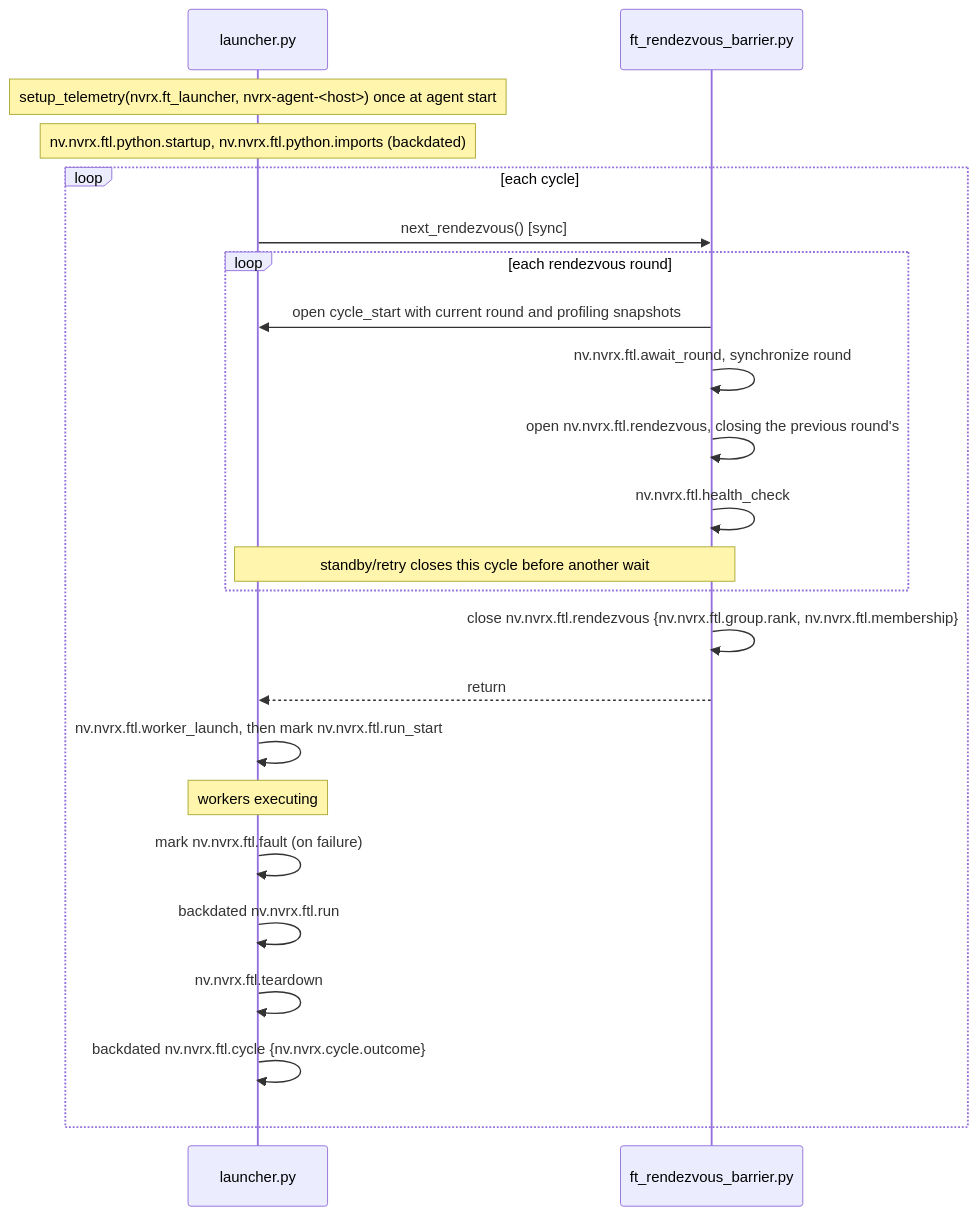
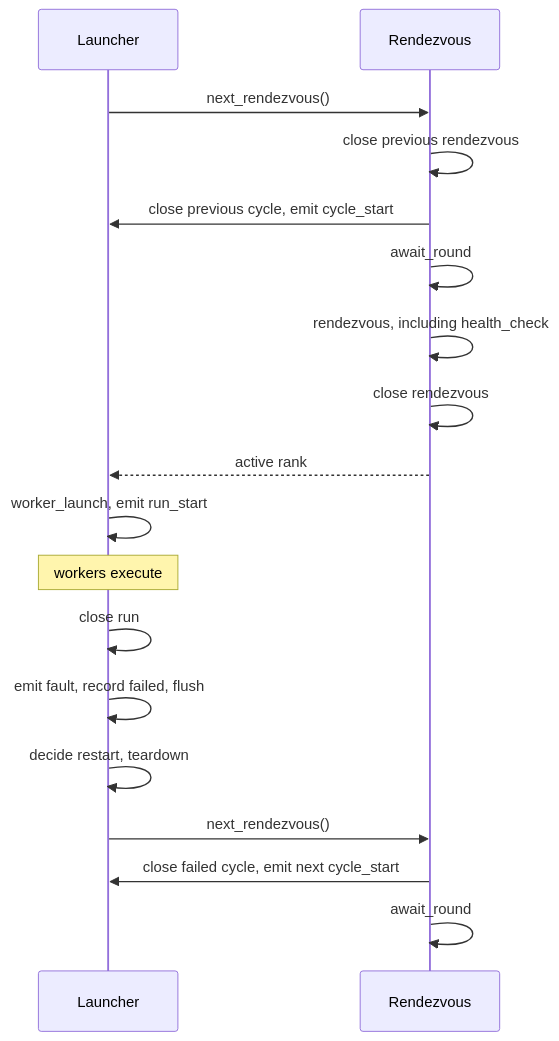
Before and after one commit to NVIDIA/nvidia-resiliency-ext: the diagram in docs/design/telemetry/NEMO_LENS.md, drawn with Mermaid. The commit also changed other lines of this file, not shown here.

Commit message:
Clarify and condense the telemetry design contract

````diff
--- a/docs/design/telemetry/NEMO_LENS.md
+++ b/docs/design/telemetry/NEMO_LENS.md
@@ -171,27 +76,21 @@
 ```mermaid
 sequenceDiagram
-    participant L as launcher.py
-    participant R as ft_rendezvous_barrier.py
+    participant L as Launcher
+    participant R as Rendezvous
 
-    Note over L: setup_telemetry(nvrx.ft_launcher, nvrx-agent-<host>) once at agent start
-    Note over L: nv.nvrx.ftl.python.startup, nv.nvrx.ftl.python.imports (backdated)
-
-    loop each cycle
-        L->>R: next_rendezvous() [sync]
-        loop each rendezvous round
-            R->>L: open cycle_start with current round and profiling snapshots
-            R->>R: nv.nvrx.ftl.await_round, synchronize round
-            R->>R: open nv.nvrx.ftl.rendezvous, closing the previous round's
-            R->>R: nv.nvrx.ftl.health_check
-            Note over R,L: standby/retry closes this cycle before another wait
-        end
-        R->>R: close nv.nvrx.ftl.rendezvous {nv.nvrx.ftl.group.rank, nv.nvrx.ftl.membership}
-        R-->>L: return
-        L->>L: nv.nvrx.ftl.worker_launch, then mark nv.nvrx.ftl.run_start
-        Note over L: workers executing
-        L->>L: mark nv.nvrx.ftl.fault (on failure)
-        L->>L: backdated nv.nvrx.ftl.run
-        L->>L: nv.nvrx.ftl.teardown
-        L->>L: backdated nv.nvrx.ftl.cycle {nv.nvrx.cycle.outcome}
-    end
+    L->>R: next_rendezvous()
+    R->>R: close previous rendezvous
+    R->>L: close previous cycle, emit cycle_start
+    R->>R: await_round
+    R->>R: rendezvous, including health_check
+    R->>R: close rendezvous
+    R-->>L: active rank
+    L->>L: worker_launch, emit run_start
+    Note over L: workers execute
+    L->>L: close run
+    L->>L: emit fault, record failed, flush
+    L->>L: decide restart, teardown
+    L->>R: next_rendezvous()
+    R->>L: close failed cycle, emit next cycle_start
+    R->>R: await_round
 ```
````
